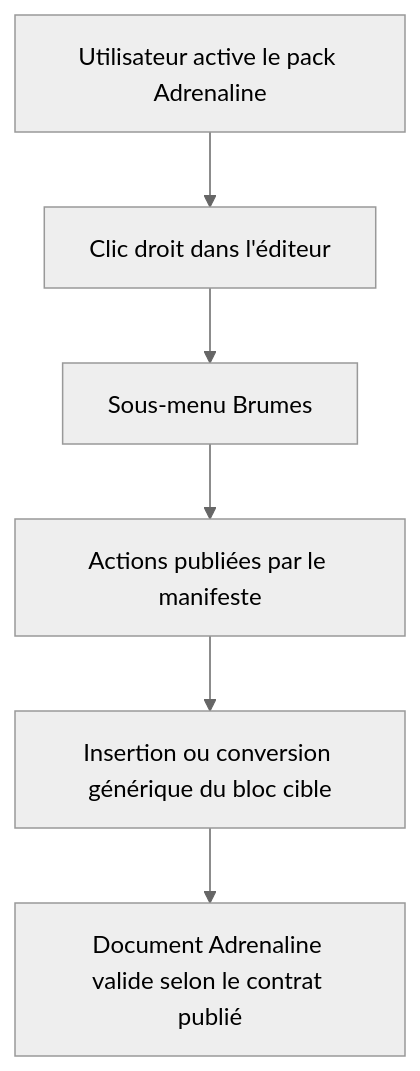
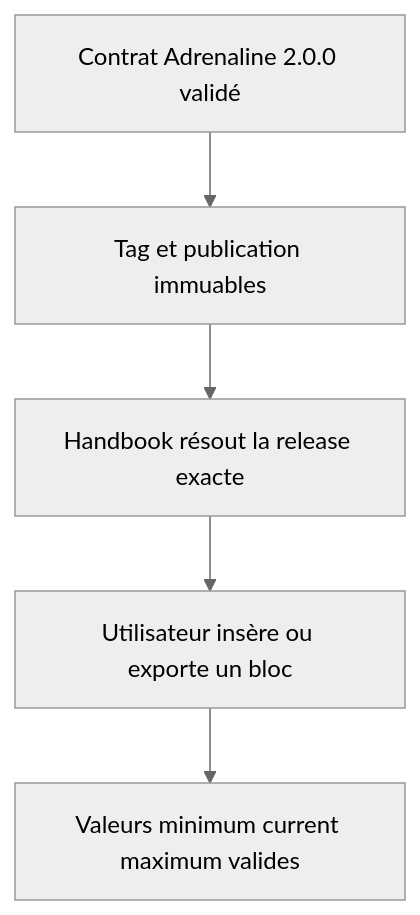
The first of 2 diagrams in aidd_docs/tasks/2026_09/2026_09_18_actions-contextuelles-handbook/phase-3.md (RebelliousSmile/schema-adrenaline), drawn with Mermaid (neutral theme) before and after one commit. The commit also changed other lines of this file and 3 other files, not shown here.

````diff
--- a/aidd_docs/tasks/2026_09/2026_09_18_actions-contextuelles-handbook/phase-3.md
+++ b/aidd_docs/tasks/2026_09/2026_09_18_actions-contextuelles-handbook/phase-3.md
@@ -24,8 +26,7 @@
 ```mermaid
 flowchart TD
-  A[Utilisateur active le pack Adrenaline] --> B[Clic droit dans l'éditeur]
-  B --> C[Sous-menu Brumes]
-  C --> D[Actions publiées par le manifeste]
-  D --> E[Insertion ou conversion générique du bloc cible]
-  E --> F[Document Adrenaline valide selon le contrat publié]
+  A[Contrat Adrenaline 2.0.0 validé] --> B[Tag et publication immuables]
+  B --> C[Handbook résout la release exacte]
+  C --> D[Utilisateur insère ou exporte un bloc]
+  D --> E[Valeurs minimum current maximum valides]
 ```
````
